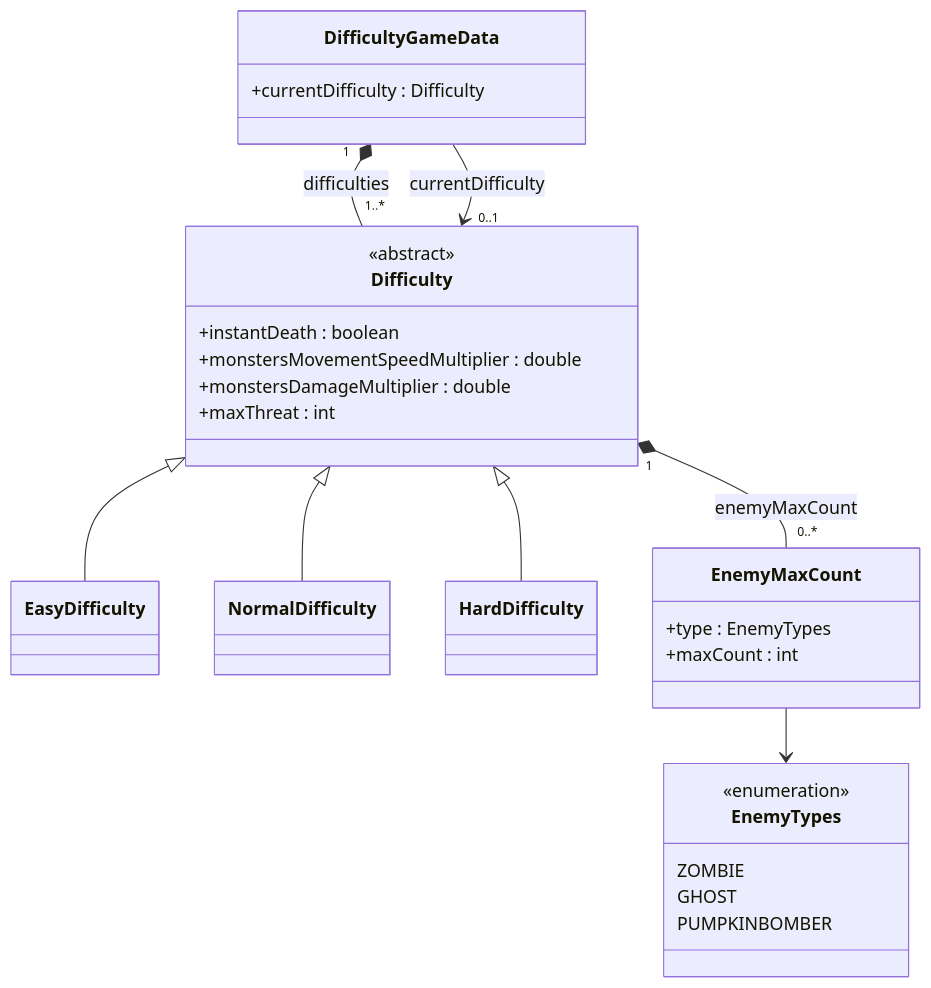
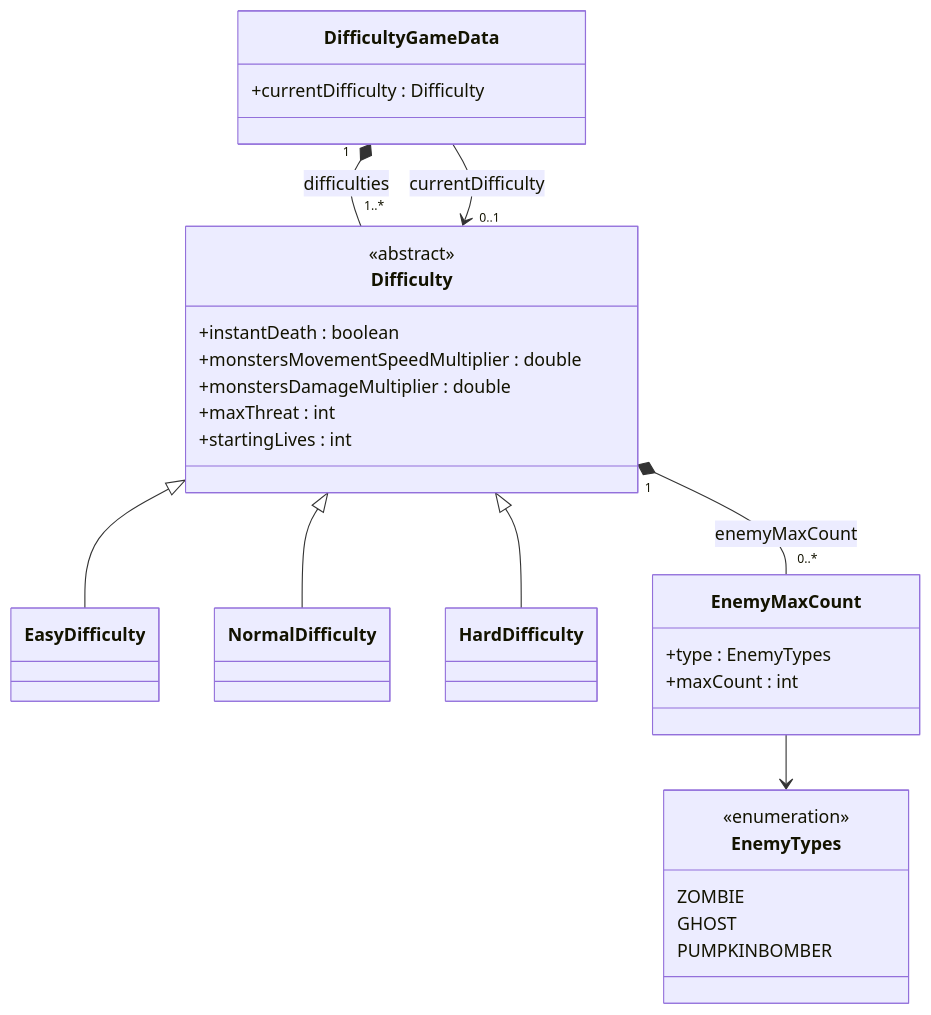
One commit to itnifl/MazeGame changed the second of 2 diagrams in main.game.maze.difficulties/readme.md. Above: the diagram before and after it, drawn with Mermaid. The commit also changed other lines of this file and 149 other files, not shown here.

````diff
--- a/main.game.maze.difficulties/readme.md
+++ b/main.game.maze.difficulties/readme.md
@@ -80,38 +81,39 @@
 ```mermaid
 classDiagram
   class DifficultyGameData {
     +currentDifficulty : Difficulty
   }
 
   class Difficulty {
     <<abstract>>
     +instantDeath : boolean
     +monstersMovementSpeedMultiplier : double
     +monstersDamageMultiplier : double
     +maxThreat : int
+    +startingLives : int
   }
 
   class EasyDifficulty
   class NormalDifficulty
   class HardDifficulty
 
   class EnemyMaxCount {
     +type : EnemyTypes
     +maxCount : int
   }
 
   class EnemyTypes {
     <<enumeration>>
     ZOMBIE
     GHOST
     PUMPKINBOMBER
   }
 
   DifficultyGameData "1" *-- "1..*" Difficulty : difficulties
   DifficultyGameData --> "0..1" Difficulty : currentDifficulty
   Difficulty <|-- EasyDifficulty
   Difficulty <|-- NormalDifficulty
   Difficulty <|-- HardDifficulty
   Difficulty "1" *-- "0..*" EnemyMaxCount : enemyMaxCount
   EnemyMaxCount --> EnemyTypes
 ```
````
